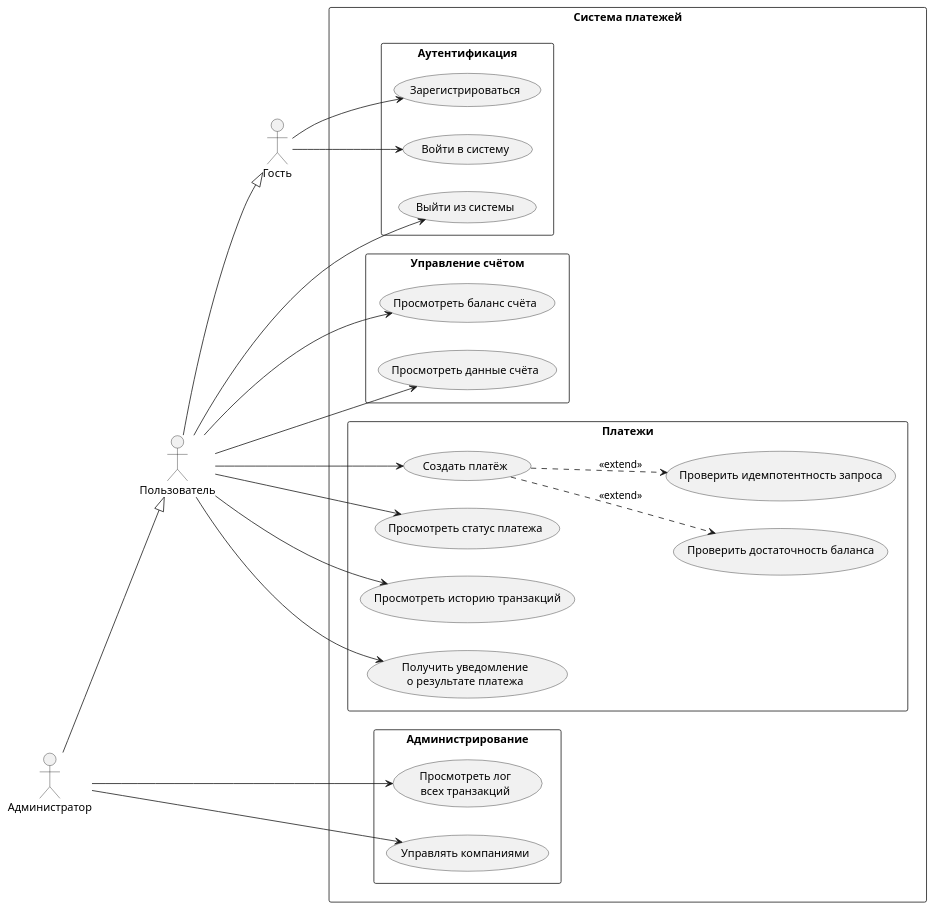
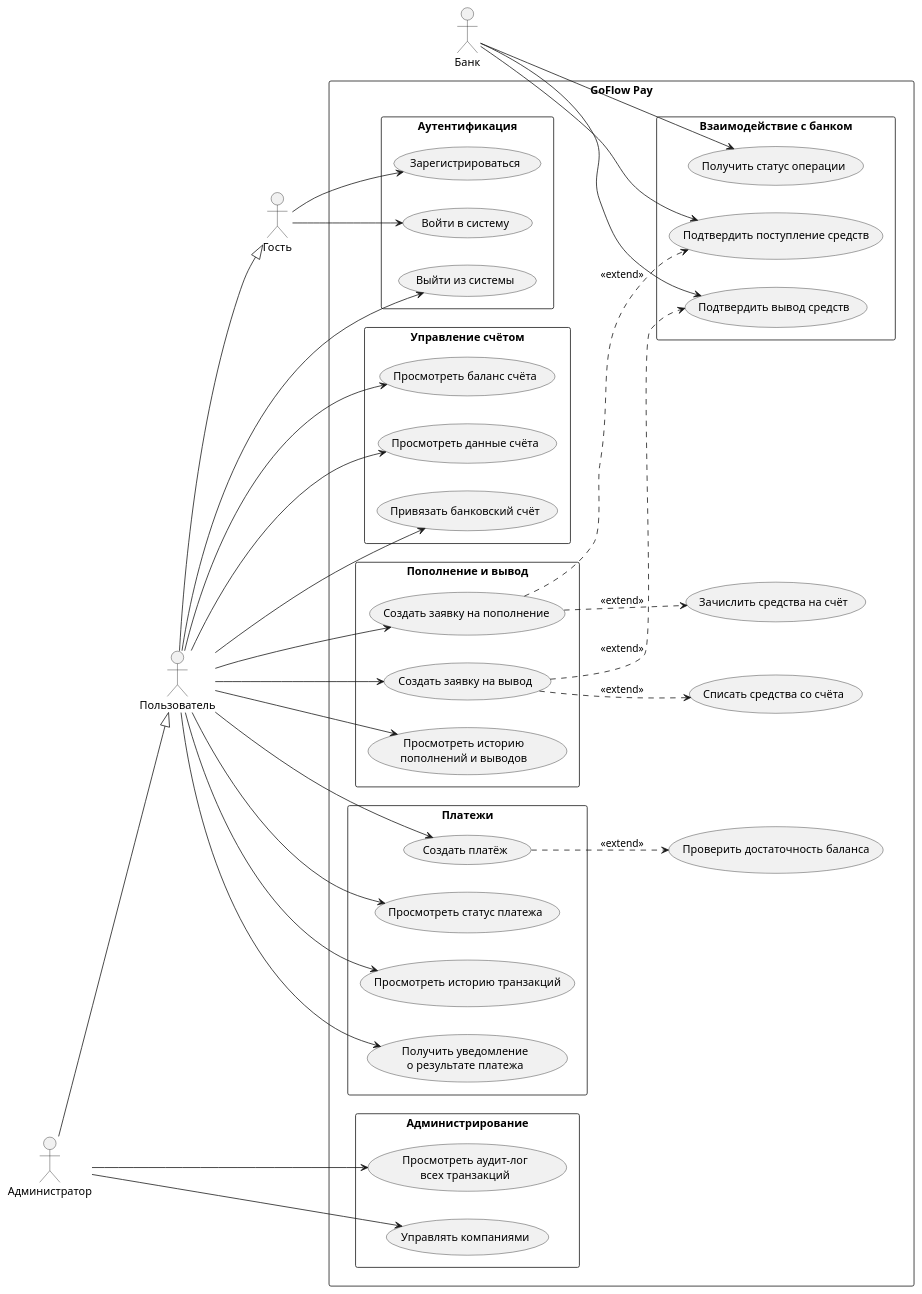
The diagram in docs/diagrams/usecase.puml (danilinkp/goflow-pay), drawn with PlantUML before and after one commit. The commit also changed 10 other files, not shown here.

```diff
--- a/docs/diagrams/usecase.puml
+++ b/docs/diagrams/usecase.puml
@@ -1,60 +1,84 @@
 @startuml GoFlowPay_UseCases
 
 left to right direction
 skinparam packageStyle rectangle
-skinparam usecaseWidth 600
 
 actor "Гость" as Guest
 actor "Пользователь" as User
 actor "Администратор" as Admin
+actor "Банк" as Bank
 
 User --|> Guest
 Admin --|> User
 
-package "Система платежей" {
+rectangle "GoFlow Pay" {
     package "Аутентификация" {
         usecase "Зарегистрироваться" as UC1
         usecase "Войти в систему" as UC2
         usecase "Выйти из системы" as UC3
     }
 
     package "Управление счётом" {
         usecase "Просмотреть баланс счёта" as UC4
         usecase "Просмотреть данные счёта" as UC5
+        usecase "Привязать банковский счёт" as UC6
+    }
+
+    package "Пополнение и вывод" {
+        usecase "Создать заявку на пополнение" as UC7
+        usecase "Создать заявку на вывод" as UC8
+        usecase "Просмотреть историю\nпополнений и выводов" as UC9
     }
 
     package "Платежи" {
-        usecase "Создать платёж" as UC6
-        usecase "Просмотреть статус платежа" as UC7
-        usecase "Просмотреть историю транзакций" as UC8
-        usecase "Получить уведомление\nо результате платежа" as UC9
-
-        usecase "Проверить достаточность баланса" as UC_ext1
-        usecase "Проверить идемпотентность запроса" as UC_ext2
+        usecase "Создать платёж" as UC10
+        usecase "Просмотреть статус платежа" as UC11
+        usecase "Просмотреть историю транзакций" as UC12
+        usecase "Получить уведомление\nо результате платежа" as UC13
     }
 
     package "Администрирование" {
-        usecase "Просмотреть лог\nвсех транзакций" as UC10
-        usecase "Управлять компаниями" as UC11
+        usecase "Просмотреть аудит-лог\nвсех транзакций" as UC14
+        usecase "Управлять компаниями" as UC15
     }
+
+    package "Взаимодействие с банком" {
+        usecase "Подтвердить поступление средств" as UC_bank1
+        usecase "Подтвердить вывод средств" as UC_bank2
+        usecase "Получить статус операции" as UC_bank3
+    }
+
+    usecase "Проверить достаточность баланса" as UC_ext1
+    usecase "Зачислить средства на счёт" as UC_ext2
+    usecase "Списать средства со счёта" as UC_ext3
 }
-
 
 Guest --> UC1
 Guest --> UC2
 
 User --> UC3
 User --> UC4
 User --> UC5
 User --> UC6
 User --> UC7
 User --> UC8
 User --> UC9
+User --> UC10
+User --> UC11
+User --> UC12
+User --> UC13
 
-Admin --> UC10
-Admin --> UC11
+Admin --> UC14
+Admin --> UC15
 
-UC6 ..> UC_ext1 : <<extend>>
-UC6 ..> UC_ext2 : <<extend>>
+Bank --> UC_bank1
+Bank --> UC_bank2
+Bank --> UC_bank3
+
+UC10 ..> UC_ext1  : <<extend>>
+UC7  ..> UC_bank1 : <<extend>>
+UC7  ..> UC_ext2  : <<extend>>
+UC8  ..> UC_bank2 : <<extend>>
+UC8  ..> UC_ext3  : <<extend>>
 
 @enduml
```
